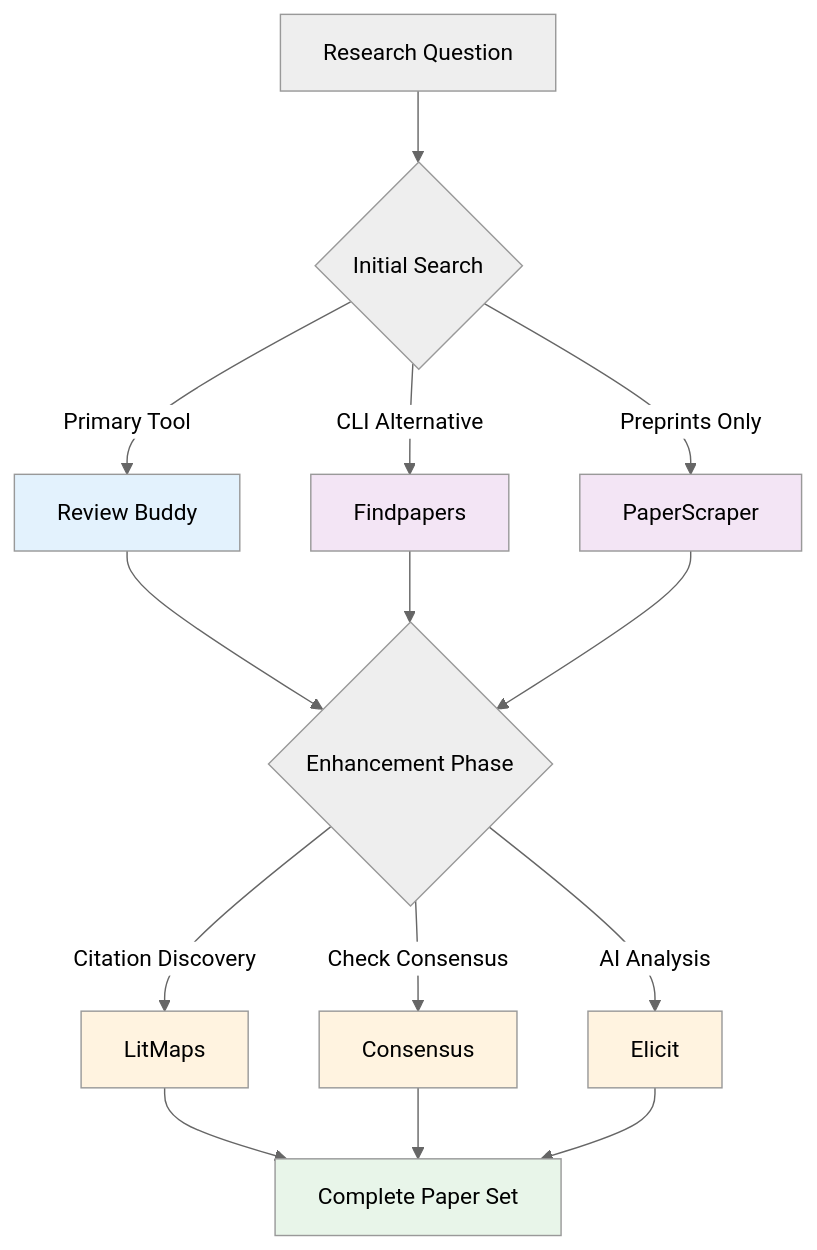
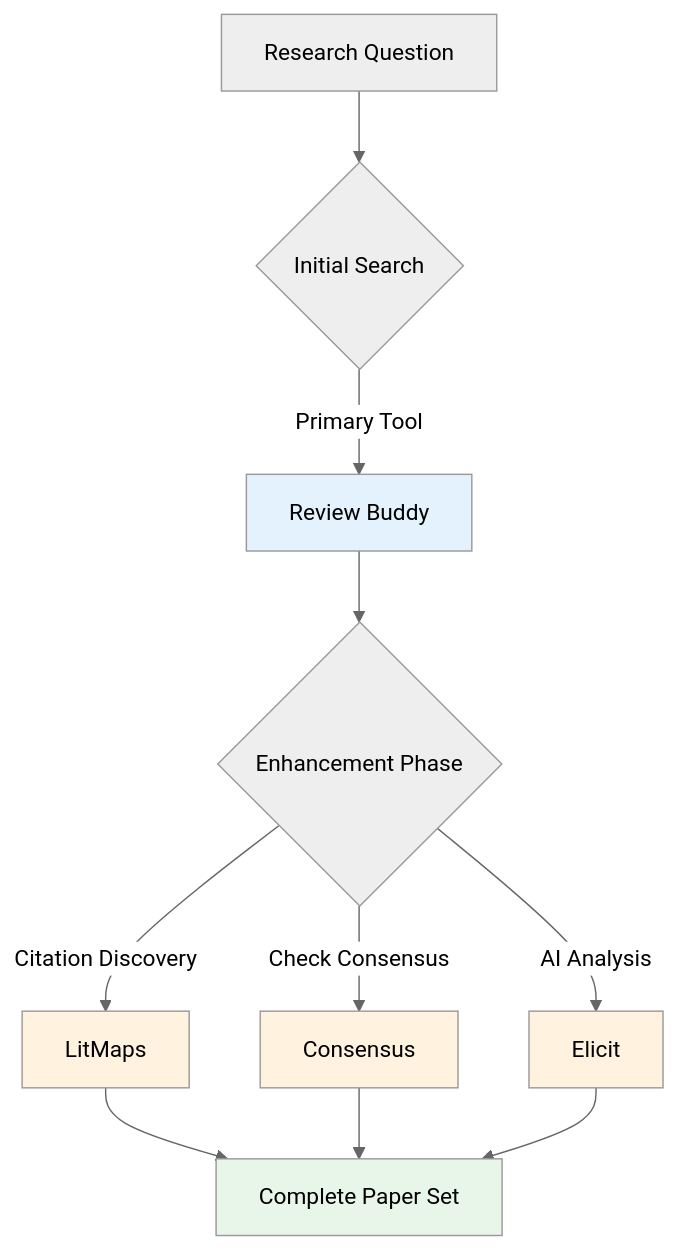
One commit to leonardozaggia/automated_systematic_literature_search changed the diagram in book/additional_tools/0_Overview.md. Above: the diagram before and after it, drawn with Mermaid (neutral theme). The commit also changed other lines of this file and 3 other files, not shown here.

````diff
--- a/book/additional_tools/0_Overview.md
+++ b/book/additional_tools/0_Overview.md
@@ -51,27 +36,20 @@
 ```{mermaid}
 graph TD
     A[Research Question] --> B{Initial Search}
     B -->|Primary Tool| C[Review Buddy]
-    B -->|CLI Alternative| D[Findpapers]
-    B -->|Preprints Only| E[PaperScraper]
-    
     C --> F{Enhancement Phase}
-    D --> F
-    E --> F
     
     F -->|Citation Discovery| G[LitMaps]
     F -->|Check Consensus| H[Consensus]
     F -->|AI Analysis| I[Elicit]
     
     G --> J[Complete Paper Set]
     H --> J
     I --> J
     
     style C fill:#e3f2fd
-    style D fill:#f3e5f5
-    style E fill:#f3e5f5
     style G fill:#fff3e0
     style H fill:#fff3e0
     style I fill:#fff3e0
     style J fill:#e8f5e9
 ```
````
